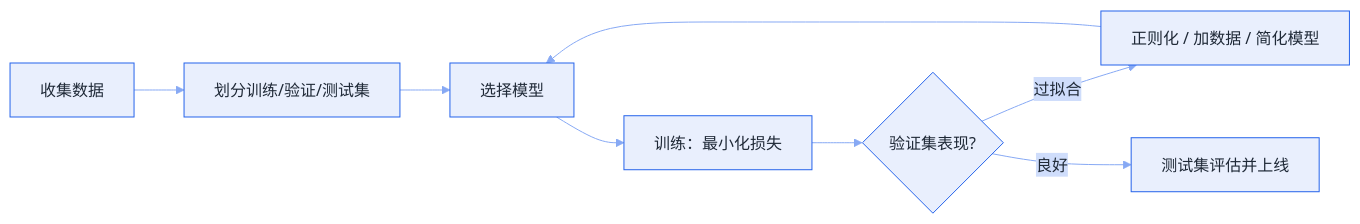
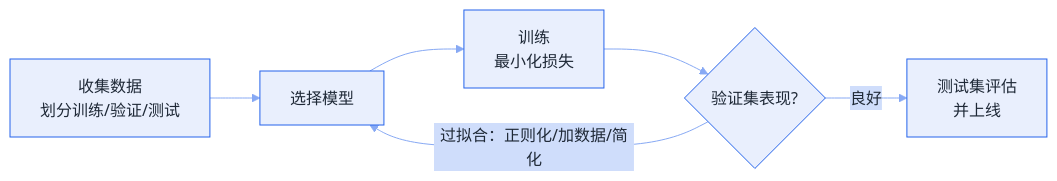
Before and after one commit to funny8kids/ai-agent-handbook: the diagram in docs/01-ai-basics/machine-learning-basics.md, drawn with Mermaid. The commit also changed other lines of this file and 45 other files, not shown here.

First line of the commit message:
Thicken 12 thin pages, clear 25 over-width diagrams, re-proportion 10 thin-ribbon diagrams

````diff
--- a/docs/01-ai-basics/machine-learning-basics.md
+++ b/docs/01-ai-basics/machine-learning-basics.md
@@ -85,11 +85,9 @@
 ```mermaid
 %%{init: {"theme":"base","themeVariables":{"primaryColor":"#E9EFFD","primaryBorderColor":"#2563EB","primaryTextColor":"#1F2937","secondaryColor":"#CFDDFB","tertiaryColor":"#F6F9FE","lineColor":"#87A9F4","actorBkg":"#EEF3FD","actorBorder":"#2563EB","actorTextColor":"#1F2937","signalColor":"#6692F1","noteBkgColor":"#D8E3FB","noteBorderColor":"#2563EB","noteTextColor":"#1F2937","labelBoxBkgColor":"#E9EFFD","labelBoxBorderColor":"#2563EB"}}}%%
 flowchart LR
-  A[收集数据] --> B[划分训练/验证/测试集]
-  B --> C[选择模型]
-  C --> D[训练：最小化损失]
-  D --> E{验证集表现?}
-  E -- 过拟合 --> F[正则化 / 加数据 / 简化模型]
-  F --> C
-  E -- 良好 --> G[测试集评估并上线]
+  A["收集数据<br/>划分训练/验证/测试"] --> B[选择模型]
+  B --> C[训练<br/>最小化损失]
+  C --> D{验证集表现?}
+  D -- 过拟合：正则化/加数据/简化 --> B
+  D -- 良好 --> E[测试集评估<br/>并上线]
 ```
````
